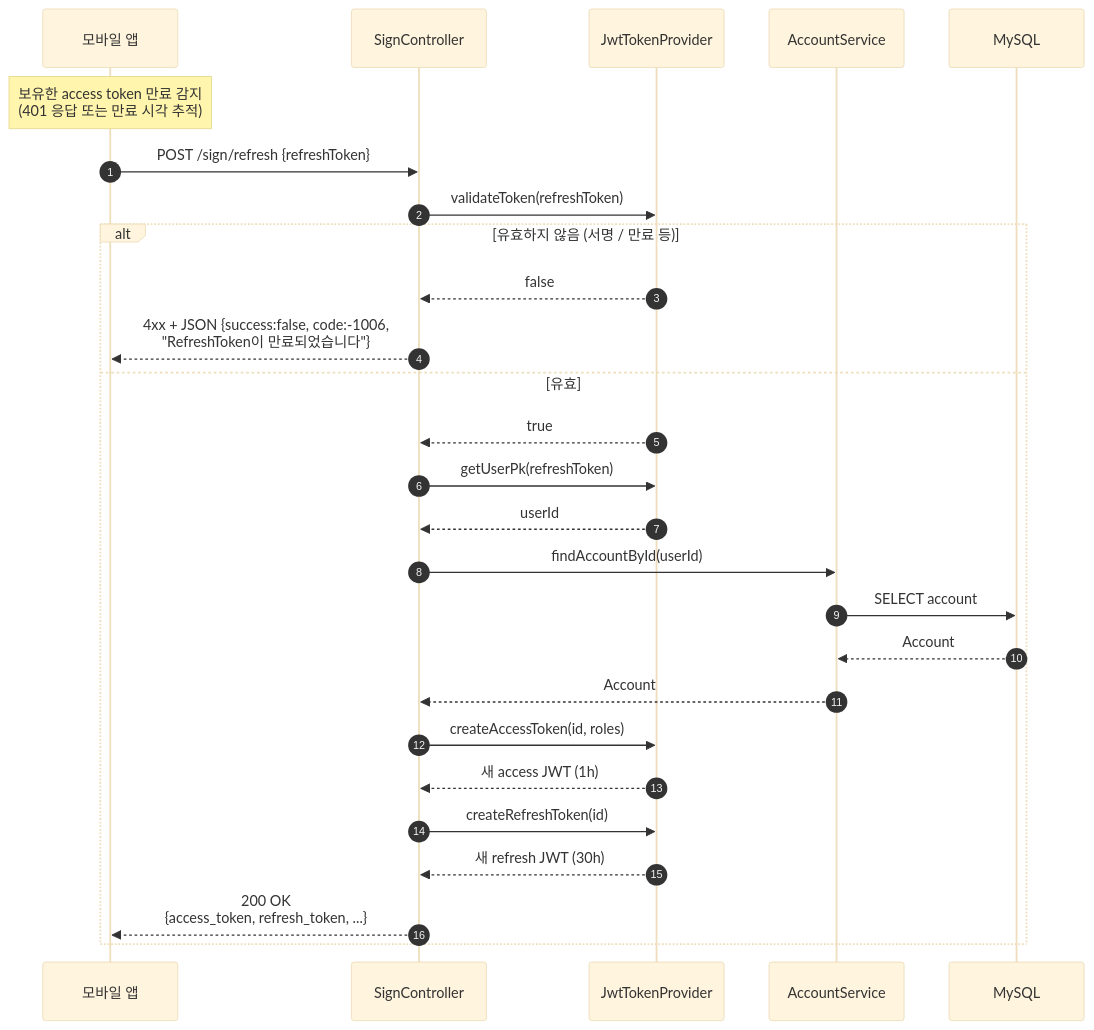
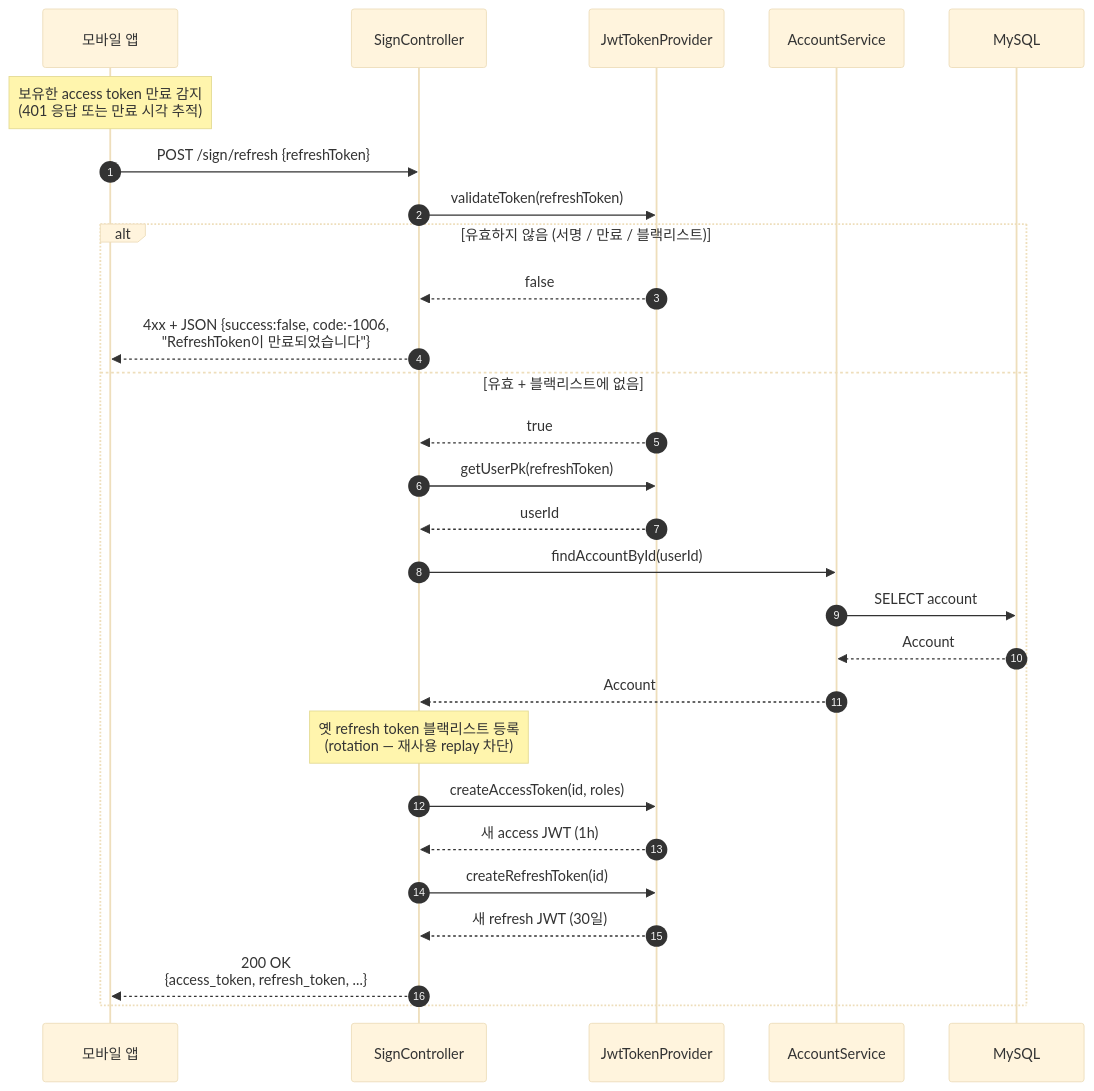
Before and after one commit to pungdong/Pungdong-Backend: the fourth of 5 diagrams in docs/architecture/sign-up.md, drawn with Mermaid (base theme). The commit also changed other lines of this file and 1 other file, not shown here.

First line of the commit message:
Docs: sign-up.md 토큰 정책 섹션 + refresh 흐름 갱신 (TTL/rotation/무효화)

````diff
--- a/docs/architecture/sign-up.md
+++ b/docs/architecture/sign-up.md
@@ -150,31 +150,32 @@
 ```mermaid
 sequenceDiagram
     autonumber
     participant C as 모바일 앱
     participant Ctrl as SignController
     participant Jwt as JwtTokenProvider
     participant Svc as AccountService
     participant DB as MySQL
 
     Note over C: 보유한 access token 만료 감지<br/>(401 응답 또는 만료 시각 추적)
     C->>Ctrl: POST /sign/refresh {refreshToken}
 
     Ctrl->>Jwt: validateToken(refreshToken)
-    alt 유효하지 않음 (서명 / 만료 등)
+    alt 유효하지 않음 (서명 / 만료 / 블랙리스트)
         Jwt-->>Ctrl: false
         Ctrl-->>C: 4xx + JSON {success:false, code:-1006,<br/>"RefreshToken이 만료되었습니다"}
-    else 유효
+    else 유효 + 블랙리스트에 없음
         Jwt-->>Ctrl: true
         Ctrl->>Jwt: getUserPk(refreshToken)
         Jwt-->>Ctrl: userId
         Ctrl->>Svc: findAccountById(userId)
         Svc->>DB: SELECT account
         DB-->>Svc: Account
         Svc-->>Ctrl: Account
+        Note over Ctrl: 옛 refresh token 블랙리스트 등록<br/>(rotation — 재사용 replay 차단)
         Ctrl->>Jwt: createAccessToken(id, roles)
         Jwt-->>Ctrl: 새 access JWT (1h)
         Ctrl->>Jwt: createRefreshToken(id)
-        Jwt-->>Ctrl: 새 refresh JWT (30h)
+        Jwt-->>Ctrl: 새 refresh JWT (30일)
         Ctrl-->>C: 200 OK<br/>{access_token, refresh_token, ...}
     end
 ```
````
